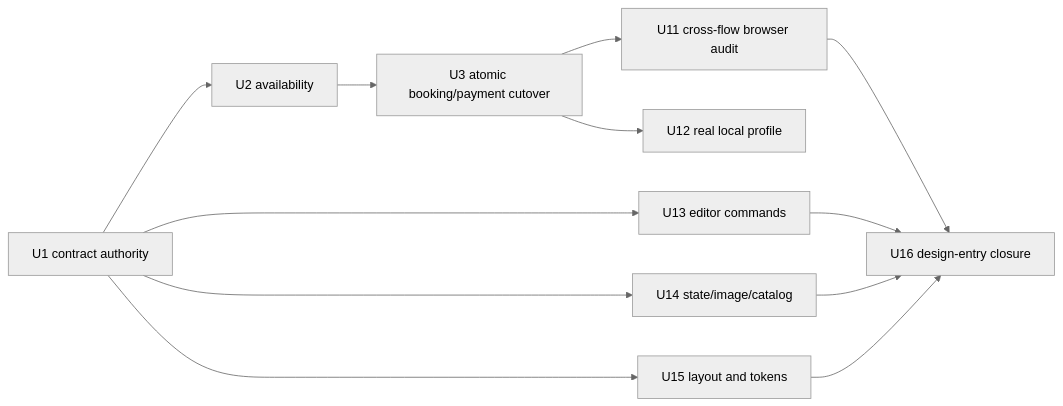
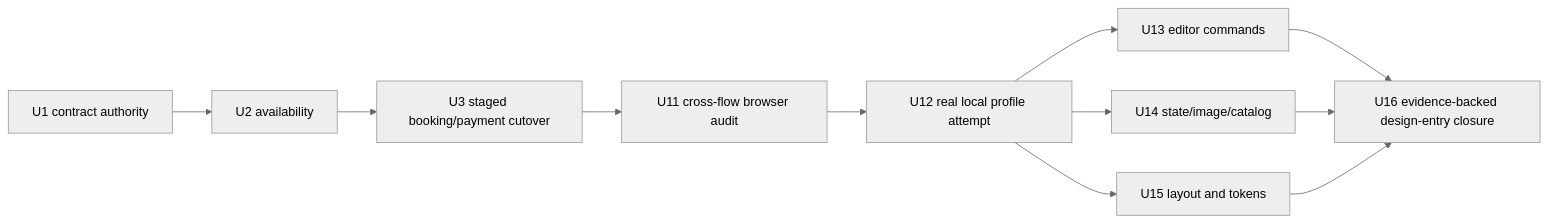
The fourth of 4 diagrams in docs/plans/2026-09-01-001-refactor-local-backend-contract-alignment-plan.md (eeoos/airbob-front), drawn with Mermaid (neutral theme) before and after one commit. The commit also changed other lines of this file and 1 other file, not shown here.

Commit message:
docs(frontend): record independent architecture reaudit

````diff
--- a/docs/plans/2026-09-01-001-refactor-local-backend-contract-alignment-plan.md
+++ b/docs/plans/2026-09-01-001-refactor-local-backend-contract-alignment-plan.md
@@ -318,14 +325,13 @@
 ```mermaid
 flowchart LR
   U1[U1 contract authority] --> U2[U2 availability]
-  U1 --> U13[U13 editor commands]
-  U1 --> U14[U14 state/image/catalog]
-  U1 --> U15[U15 layout and tokens]
-  U2 --> U3[U3 atomic booking/payment cutover]
+  U2 --> U3[U3 staged booking/payment cutover]
   U3 --> U11[U11 cross-flow browser audit]
-  U3 --> U12[U12 real local profile]
-  U11 --> U16[U16 design-entry closure]
-  U13 --> U16
+  U11 --> U12[U12 real local profile attempt]
+  U12 --> U13[U13 editor commands]
+  U12 --> U14[U14 state/image/catalog]
+  U12 --> U15[U15 layout and tokens]
+  U13 --> U16[U16 evidence-backed design-entry closure]
   U14 --> U16
   U15 --> U16
 ```
````
